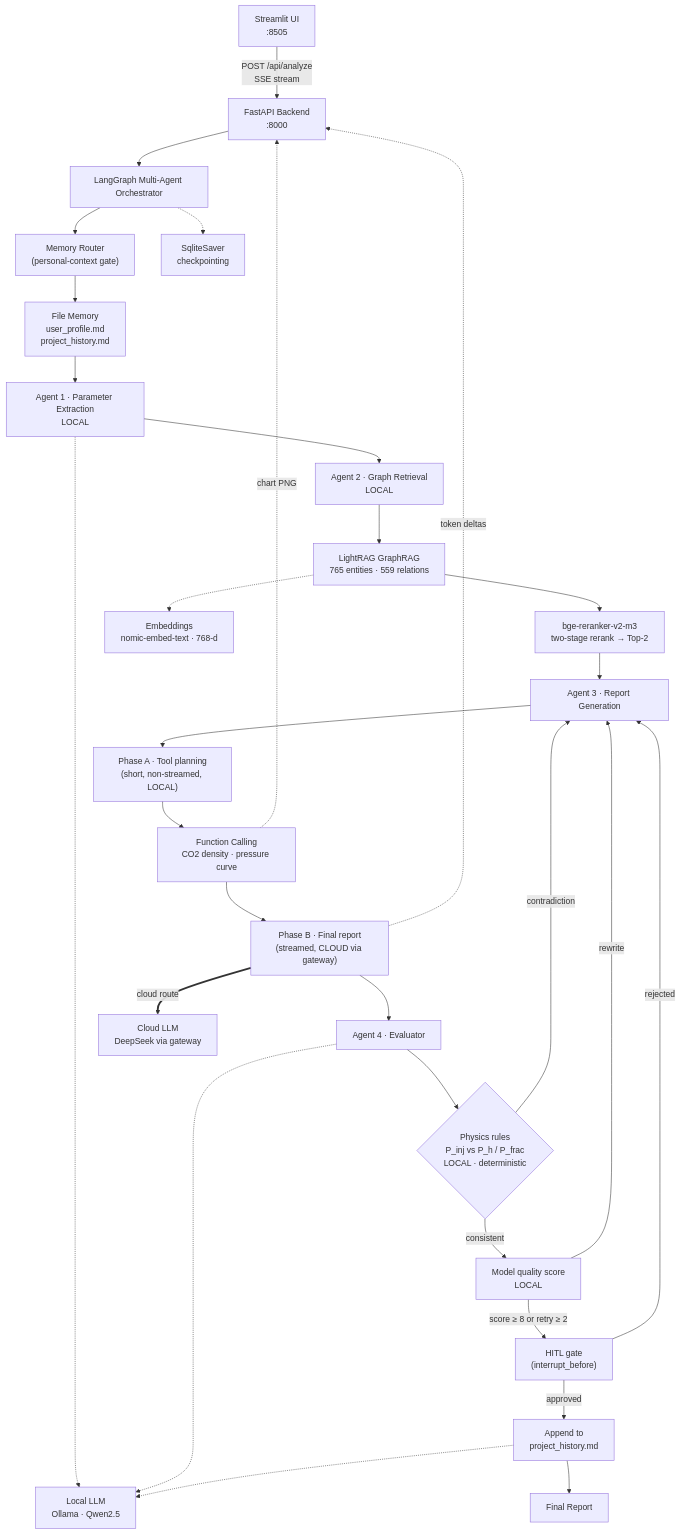
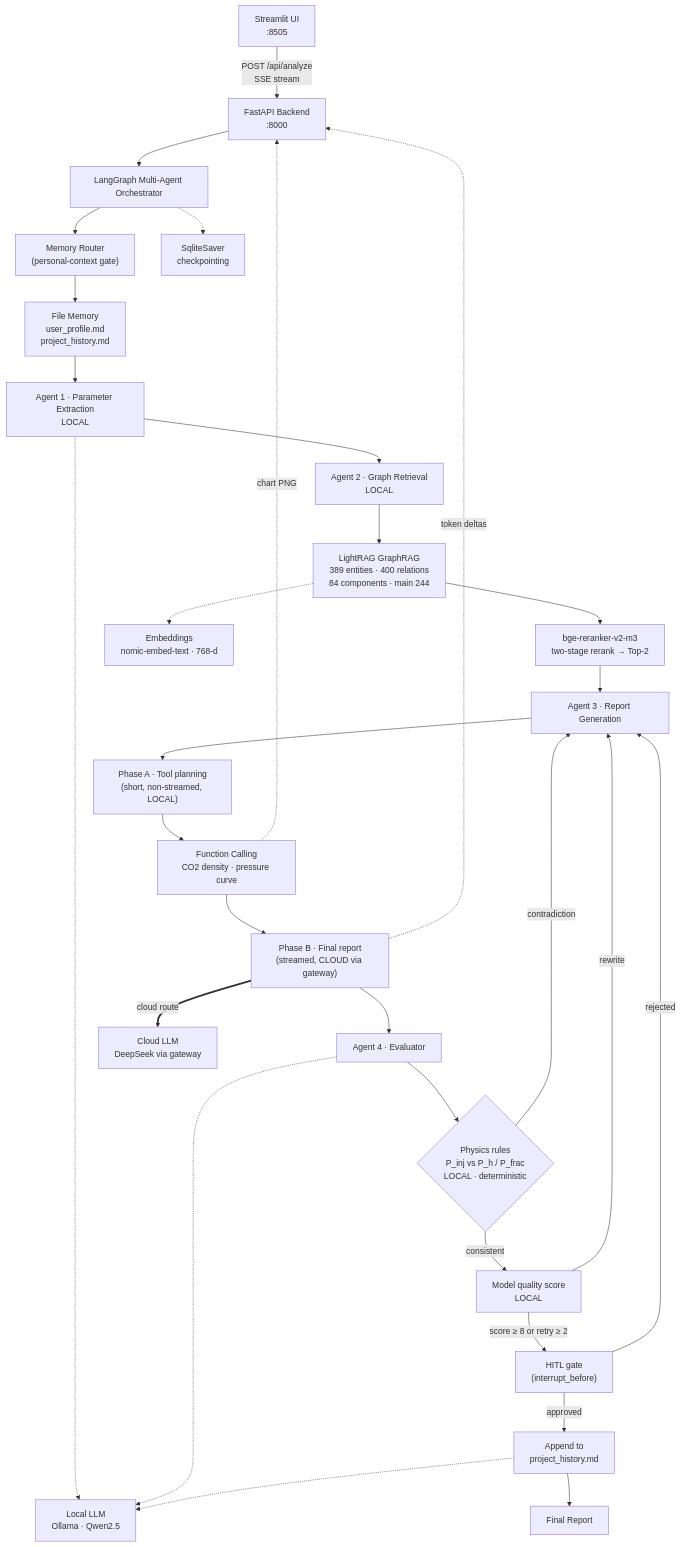
One commit to qinruizhang001-hash/petro-rag-agent changed the diagram in README.md. Above: the diagram before and after it, drawn with Mermaid. The commit also changed other lines of this file and 14 other files, not shown here.

````diff
--- a/README.md
+++ b/README.md
@@ -86,37 +86,37 @@
 ```mermaid
 flowchart TD
     UI["Streamlit UI<br/>:8505"] -->|"POST /api/analyze<br/>SSE stream"| API["FastAPI Backend<br/>:8000"]
     API --> LG["LangGraph Multi-Agent Orchestrator"]
 
     LG --> MR["Memory Router<br/>(personal-context gate)"]
 
     MR --> FM["File Memory<br/>user_profile.md<br/>project_history.md"]
 
     FM --> EX["Agent 1 · Parameter Extraction<br/>LOCAL"]
     EX --> RT["Agent 2 · Graph Retrieval<br/>LOCAL"]
-    RT --> LR["LightRAG GraphRAG<br/>765 entities · 559 relations"]
+    RT --> LR["LightRAG GraphRAG<br/>389 entities · 400 relations<br/>84 components · main 244"]
     LR --> RR["bge-reranker-v2-m3<br/>two-stage rerank → Top-2"]
     RR --> RP["Agent 3 · Report Generation"]
     RP --> PLAN["Phase A · Tool planning<br/>(short, non-streamed, LOCAL)"]
     PLAN --> FC["Function Calling<br/>CO2 density · pressure curve"]
     FC --> RP2["Phase B · Final report<br/>(streamed, CLOUD via gateway)"]
     RP2 --> EV["Agent 4 · Evaluator"]
     EV --> PH{"Physics rules<br/>P_inj vs P_h / P_frac<br/>LOCAL · deterministic"}
     PH -->|"contradiction"| RP
     PH -->|"consistent"| SC["Model quality score<br/>LOCAL"]
     SC -->|"score ≥ 8 or retry ≥ 2"| HG["HITL gate<br/>(interrupt_before)"]
     SC -->|"rewrite"| RP
     HG -->|"approved"| HM["Append to<br/>project_history.md"]
     HG -->|"rejected"| RP
     HM --> OUT["Final Report"]
 
     EX -.-> LOCAL["Local LLM<br/>Ollama · Qwen2.5"]
     EV -.-> LOCAL
     RP2 ==>|"cloud route"| CLOUD["Cloud LLM<br/>DeepSeek via gateway"]
     HM -.-> LOCAL
     LR -.-> EMB["Embeddings<br/>nomic-embed-text · 768-d"]
     LG -.-> CKPT["SqliteSaver<br/>checkpointing"]
 
     RP2 -.->|"token deltas"| API
     FC -.->|"chart PNG"| API
 ```
````
